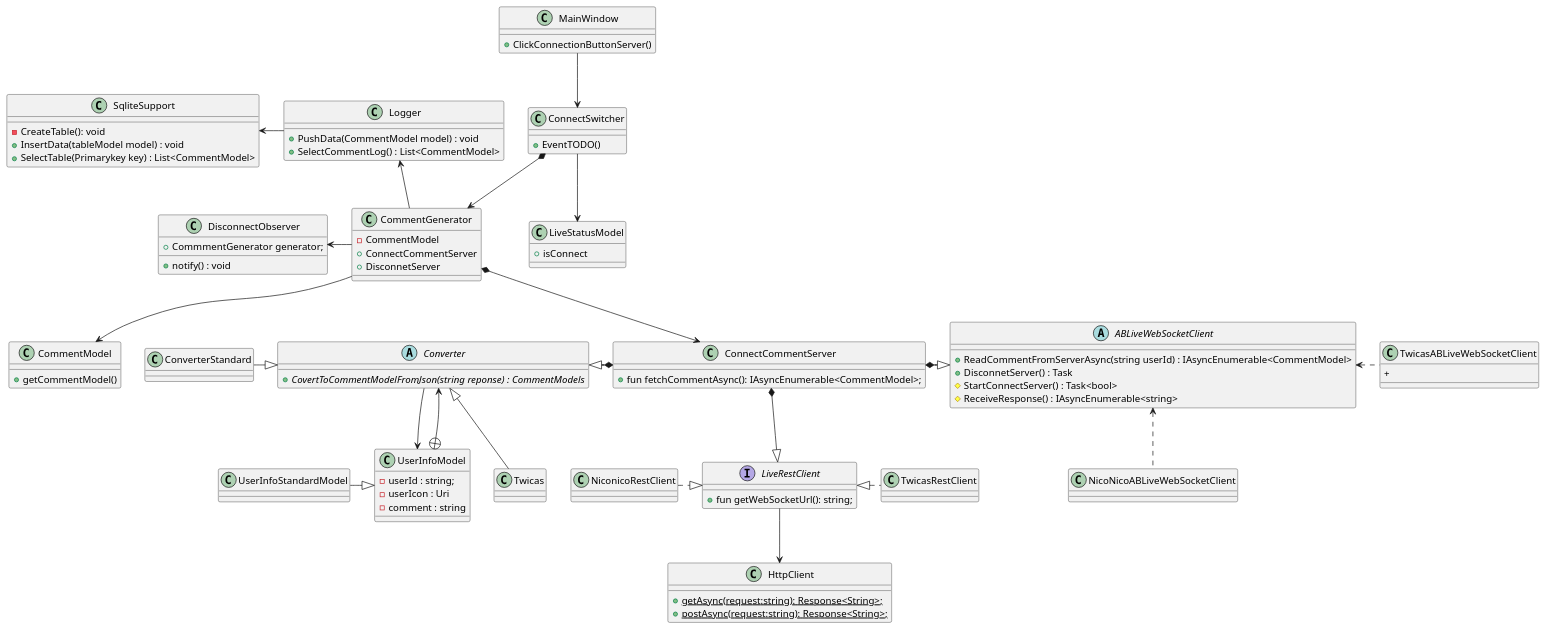
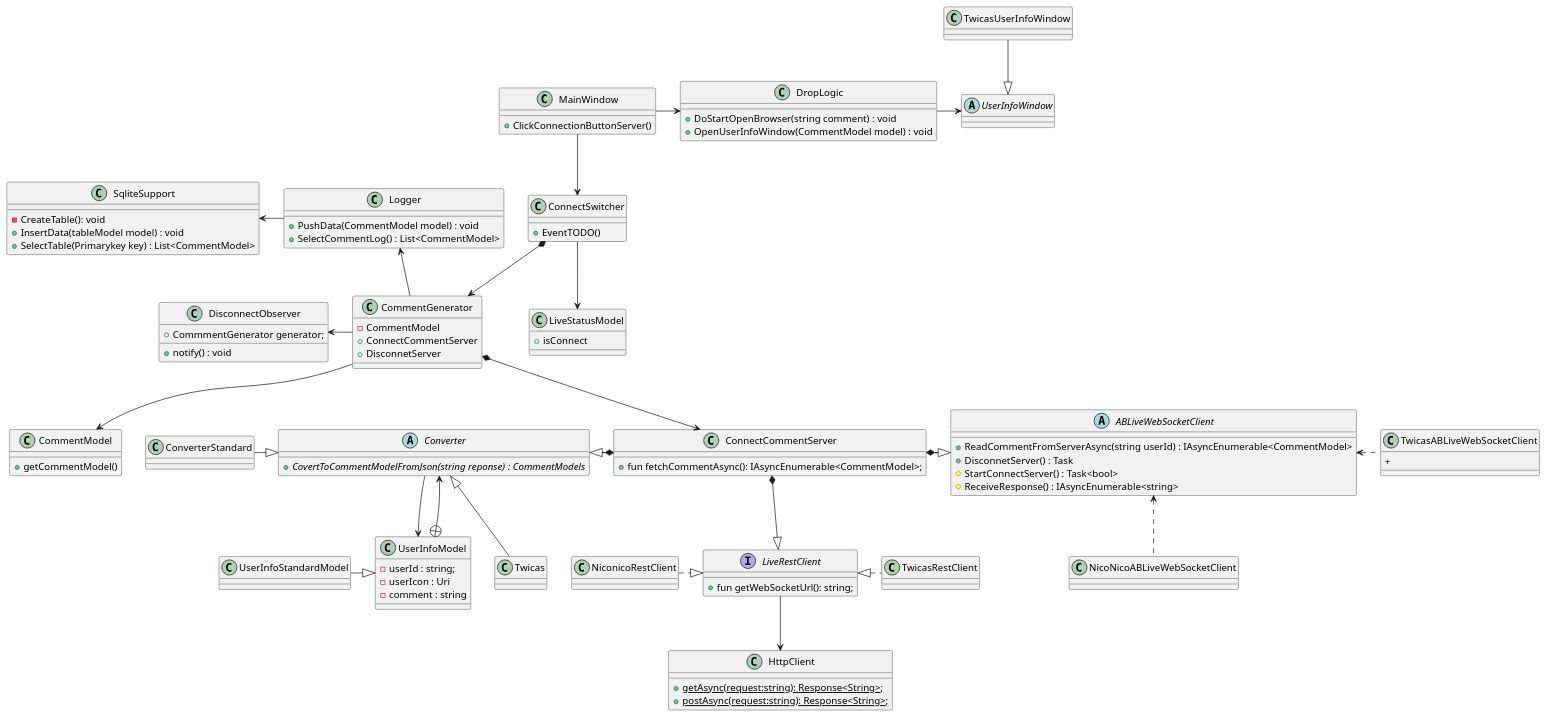
Before and after one commit to elm-niconico/AppDesign: the diagram in ultra-comment-viewer/class-design/model/fetch-comment.pu, drawn with PlantUML. The commit also changed 3 other files, not shown here.

```diff
--- a/ultra-comment-viewer/class-design/model/fetch-comment.pu
+++ b/ultra-comment-viewer/class-design/model/fetch-comment.pu
@@ -1,124 +1,133 @@
 @startuml コメント取得クラス図
 
 
     class MainWindow{
       +  ClickConnectionButtonServer()
     }
     class LiveStatusModel{
         + isConnect
     }
     class CommentModel{
         + getCommentModel()
     }
     class CommentGenerator{
         - CommentModel
         + ConnectCommentServer  
         + DisconnetServer
     }
     class ConnectSwitcher{
         + EventTODO()
     }
 
-    
+    abstract class UserInfoWindow{
+
+    }
+
+
+
+
     CommentGenerator --> CommentModel
     MainWindow --> ConnectSwitcher
     CommentGenerator *--> ConnectCommentServer
     ConnectSwitcher *--> CommentGenerator
     ConnectSwitcher --> LiveStatusModel
     abstract class ABLiveWebSocketClient{
         + ReadCommentFromServerAsync(string userId) : IAsyncEnumerable<CommentModel>
         + DisconnetServer() : Task
         # StartConnectServer() : Task<bool>
         # ReceiveResponse() : IAsyncEnumerable<string>      
     }
 
     class NicoNicoABLiveWebSocketClient{
 
     }
     class TwicasABLiveWebSocketClient{
         + 
     }
 
     class SqliteSupport{
         - CreateTable(): void
         + InsertData(tableModel model) : void
         + SelectTable(Primarykey key) : List<CommentModel>
     }
 
     class Logger{
         + PushData(CommentModel model) : void
         + SelectCommentLog() : List<CommentModel>
     }
 
 
     'Observer
     class DisconnectObserver{
         + CommmentGenerator generator;
         + notify() : void
     }
     CommentGenerator -left-> DisconnectObserver
-    
-
 
     class ConnectCommentServer {
         + fun fetchCommentAsync(): IAsyncEnumerable<CommentModel>;
         
     }
     
+    class DropLogic{
+        + DoStartOpenBrowser(string comment) : void
+        + OpenUserInfoWindow(CommentModel model) : void
 
+    }
 
     interface LiveRestClient{
         + fun getWebSocketUrl(): string;
     }
     class NiconicoRestClient{
 
     }
     class HttpClient{
         + {static} getAsync(request:string): Response<String>;
         + {static} postAsync(request:string): Response<String>;
     }
 
-   
-
-
     abstract class Converter{
         + {abstract} CovertToCommentModelFromJson(string reponse) : CommentModels
     }
     Converter <|-- Twicas
 
     class UserInfoModel{
         - userId : string;
         - userIcon : Uri
         - comment : string
     }
-
-
- 
     
     'コネクトコメントサーバ'
     ConnectCommentServer *--|> LiveRestClient
     ConnectCommentServer *-right-|> ABLiveWebSocketClient
     ConnectCommentServer *-left-|> Converter
 
 
     'ユーザー情報
     UserInfoModel +--> Converter
     'コンバータ
     Converter --> UserInfoModel
     'クライアント
     NicoNicoABLiveWebSocketClient .up.> ABLiveWebSocketClient
     TwicasABLiveWebSocketClient .left.> ABLiveWebSocketClient
     'ユーザー情報モデル
     UserInfoStandardModel -right-|> UserInfoModel
     'レストクライアント
     NiconicoRestClient .right.|> LiveRestClient
     TwicasRestClient   .left.|>  LiveRestClient
     LiveRestClient -down-> HttpClient
-
     
     ConverterStandard -right-|> Converter
     
     CommentGenerator -up-> Logger
     Logger -left-> SqliteSupport
 
+    MainWindow -right-> DropLogic
+    DropLogic -right-> UserInfoWindow
+
+    'ユーザー詳細情報ウィンドウ
+    TwicasUserInfoWindow --|> UserInfoWindow
+
+
+
 @enduml
```
